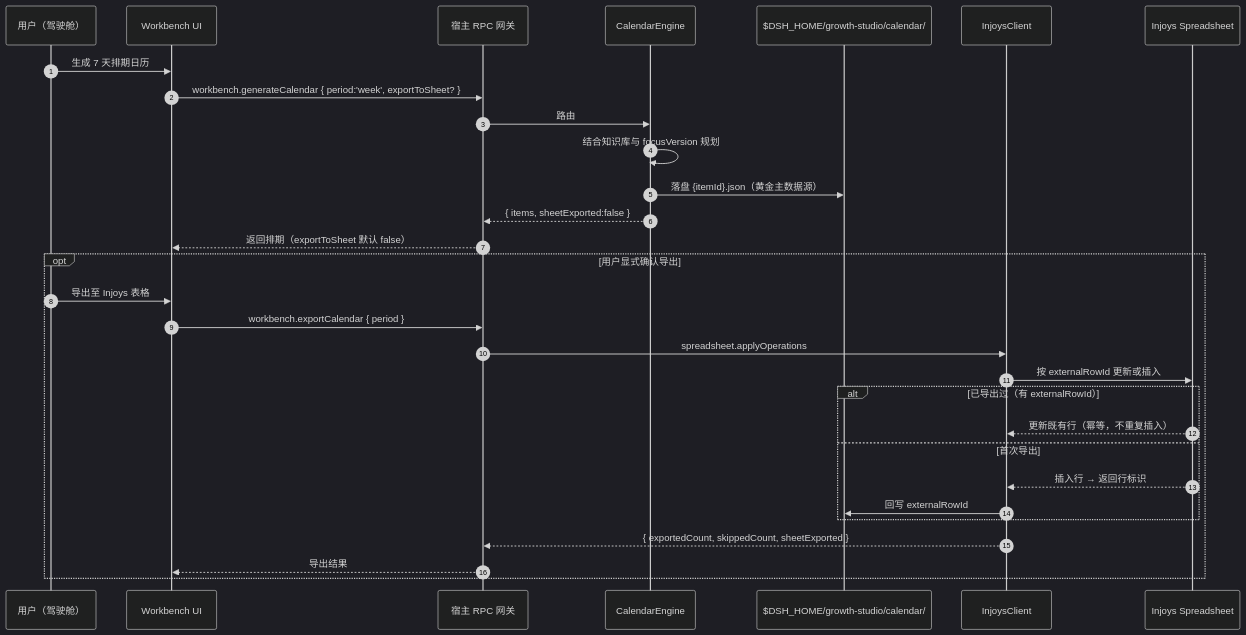
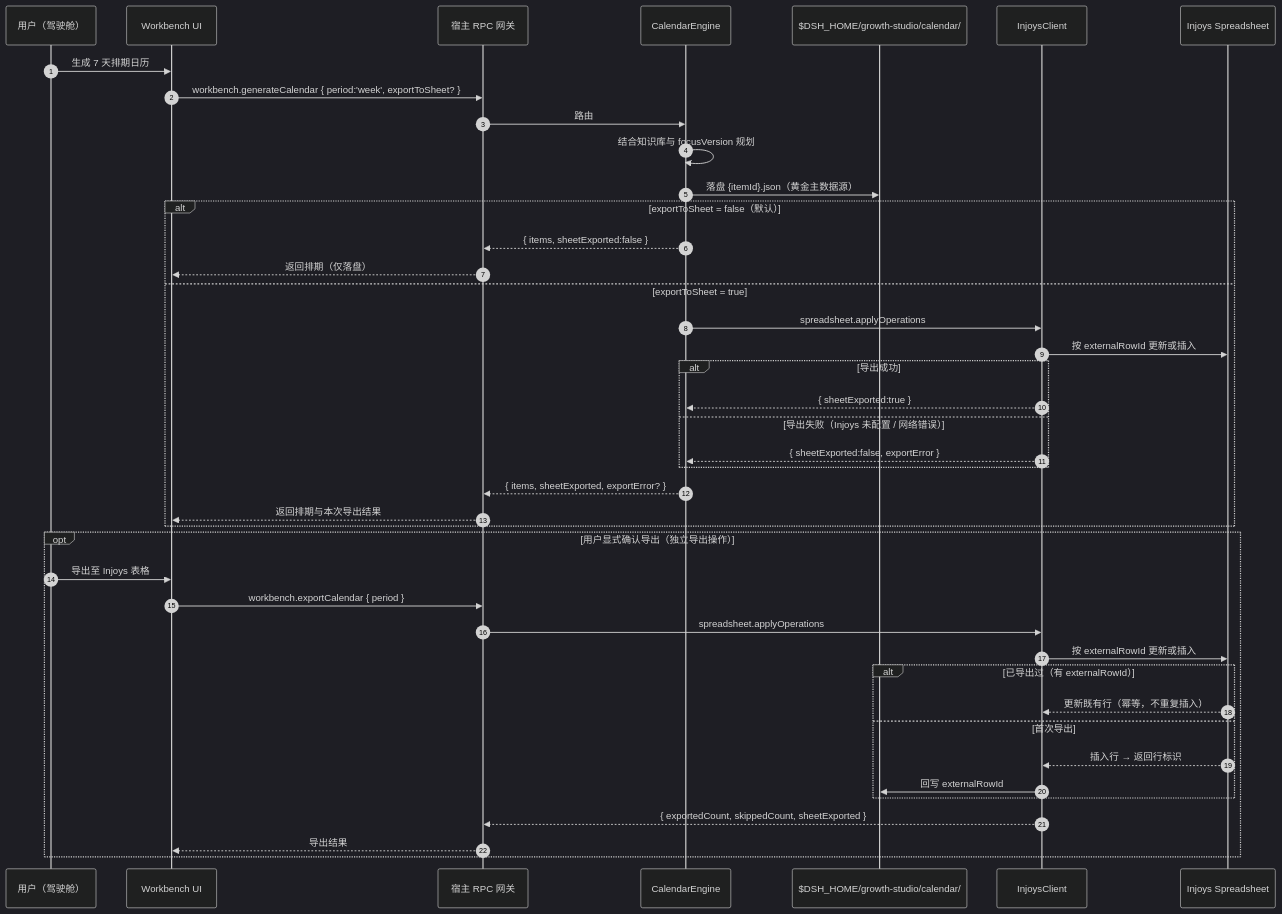
One commit to InJoysAI/dsh-growth-studio changed the first of 10 diagrams in .context/architecture/runtime_view.md. Above: the diagram before and after it, drawn with Mermaid (dark theme). The commit also changed other lines of this file and 21 other files, not shown here.

Commit message:
refactor: update architecture and domain context documentation assets and manifest

````diff
--- a/.context/architecture/runtime_view.md
+++ b/.context/architecture/runtime_view.md
@@ -26,34 +26,47 @@
 ```mermaid
 sequenceDiagram
     autonumber
     participant U as 用户（驾驶舱）
     participant WB as Workbench UI
     participant RPC as 宿主 RPC 网关
     participant CE as CalendarEngine
     participant Local as $DSH_HOME/growth-studio/calendar/
     participant IC as InjoysClient
     participant Sheet as Injoys Spreadsheet
 
     U->>WB: 生成 7 天排期日历
     WB->>RPC: workbench.generateCalendar { period:'week', exportToSheet? }
     RPC->>CE: 路由
     CE->>CE: 结合知识库与 focusVersion 规划
     CE->>Local: 落盘 {itemId}.json（黄金主数据源）
-    CE-->>RPC: { items, sheetExported:false }
-    RPC-->>WB: 返回排期（exportToSheet 默认 false）
 
-    opt 用户显式确认导出
+    alt exportToSheet = false（默认）
+        CE-->>RPC: { items, sheetExported:false }
+        RPC-->>WB: 返回排期（仅落盘）
+    else exportToSheet = true
+        CE->>IC: spreadsheet.applyOperations
+        IC->>Sheet: 按 externalRowId 更新或插入
+        alt 导出成功
+            IC-->>CE: { sheetExported:true }
+        else 导出失败（Injoys 未配置 / 网络错误）
+            IC-->>CE: { sheetExported:false, exportError }
+        end
+        CE-->>RPC: { items, sheetExported, exportError? }
+        RPC-->>WB: 返回排期与本次导出结果
+    end
+
+    opt 用户显式确认导出（独立导出操作）
         U->>WB: 导出至 Injoys 表格
         WB->>RPC: workbench.exportCalendar { period }
         RPC->>IC: spreadsheet.applyOperations
         IC->>Sheet: 按 externalRowId 更新或插入
         alt 已导出过（有 externalRowId）
             Sheet-->>IC: 更新既有行（幂等，不重复插入）
         else 首次导出
             Sheet-->>IC: 插入行 → 返回行标识
             IC->>Local: 回写 externalRowId
         end
         IC-->>RPC: { exportedCount, skippedCount, sheetExported }
         RPC-->>WB: 导出结果
     end
 ```
````
